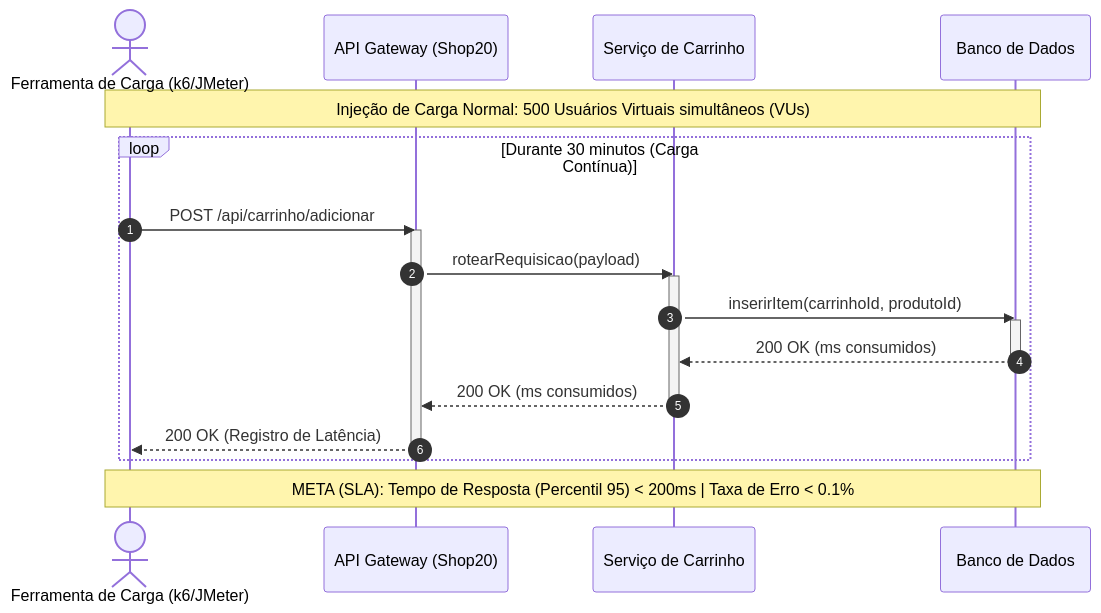
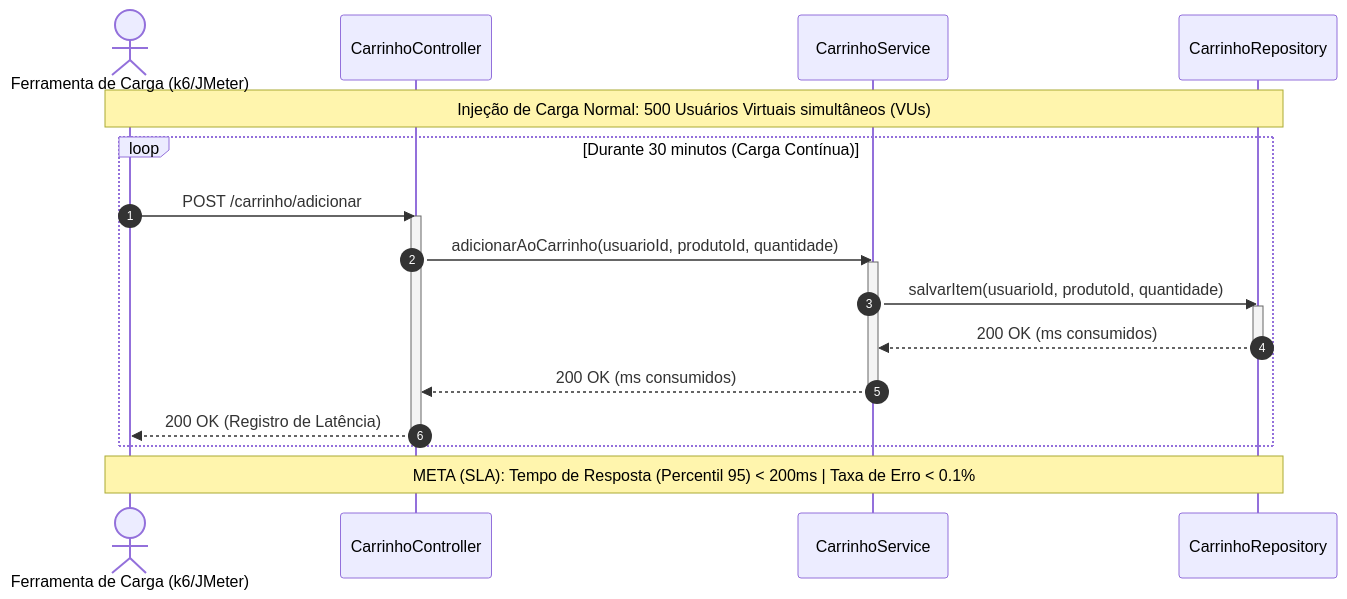
One commit to omarhenriqu3/meu-estudo-vvts changed diagram 13 of 13 in README.md. Above: the diagram before and after it, drawn with Mermaid. The commit also changed other lines of this file, not shown here.

````diff
--- a/README.md
+++ b/README.md
@@ -580,31 +588,31 @@
 ```mermaid
 sequenceDiagram
     autonumber
     actor Injetor as Ferramenta de Carga (k6/JMeter)
-    participant API as API Gateway (Shop20)
-    participant Service as Serviço de Carrinho
-    participant DB as Banco de Dados
+    participant Controller as CarrinhoController
+    participant Service as CarrinhoService
+    participant Repo as CarrinhoRepository
     
-    Note over Injetor, DB: Injeção de Carga Normal: 500 Usuários Virtuais simultâneos (VUs)
+    Note over Injetor, Repo: Injeção de Carga Normal: 500 Usuários Virtuais simultâneos (VUs)
     
     loop Durante 30 minutos (Carga Contínua)
-        Injetor->>API: POST /api/carrinho/adicionar
-        activate API
+        Injetor->>Controller: POST /carrinho/adicionar
+        activate Controller
         
-        API->>Service: rotearRequisicao(payload)
+        Controller->>Service: adicionarAoCarrinho(usuarioId, produtoId, quantidade)
         activate Service
         
-        Service->>DB: inserirItem(carrinhoId, produtoId)
-        activate DB
-        DB-->>Service: 200 OK (ms consumidos)
-        deactivate DB
+        Service->>Repo: salvarItem(usuarioId, produtoId, quantidade)
+        activate Repo
+        Repo-->>Service: 200 OK (ms consumidos)
+        deactivate Repo
         
-        Service-->>API: 200 OK (ms consumidos)
+        Service-->>Controller: 200 OK (ms consumidos)
         deactivate Service
         
-        API-->>Injetor: 200 OK (Registro de Latência)
-        deactivate API
+        Controller-->>Injetor: 200 OK (Registro de Latência)
+        deactivate Controller
     end
     
-    Note over Injetor, DB: META (SLA): Tempo de Resposta (Percentil 95) < 200ms | Taxa de Erro < 0.1%
+    Note over Injetor, Repo: META (SLA): Tempo de Resposta (Percentil 95) < 200ms | Taxa de Erro < 0.1%
 ```
````
